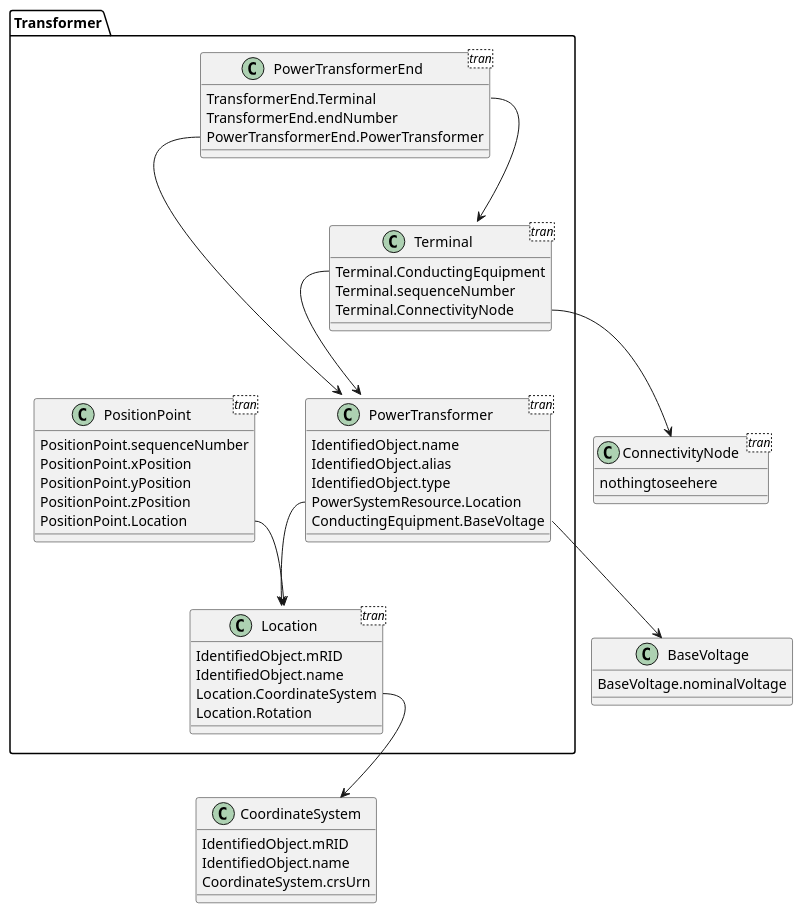
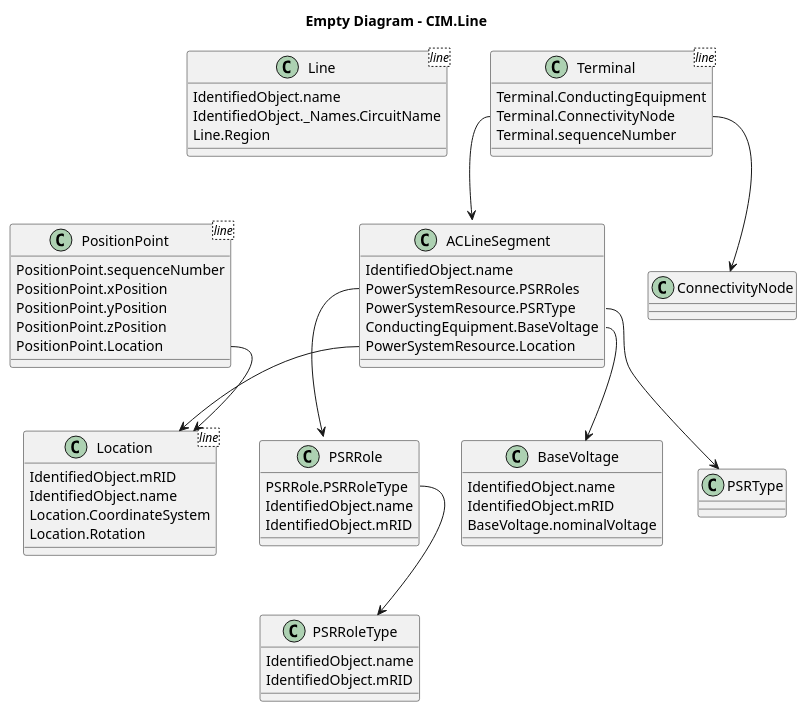
The diagram in cim-aclinesegment.puml (sossie07/cim-uml), drawn with PlantUML before and after one commit.

Commit message:
This commit was initiated from PlantText to edit the file cim-aclinesegment.puml only.

```diff
--- a/cim-aclinesegment.puml
+++ b/cim-aclinesegment.puml
@@ -1,72 +1,72 @@
 @startuml
 
-Package Transformer {
-class PowerTransformer <tran>{
-   IdentifiedObject.name
-   IdentifiedObject.alias
-   IdentifiedObject.type
-   PowerSystemResource.Location
-   ConductingEquipment.BaseVoltage
+title Empty Diagram - CIM.Line
+
+
+Class Line <line>{
+IdentifiedObject.name
+IdentifiedObject._Names.CircuitName
+Line.Region
 }
 
-class Location <tran>{
+Class ACLineSegment{
+IdentifiedObject.name
+PowerSystemResource.PSRRoles
+PowerSystemResource.PSRType
+ConductingEquipment.BaseVoltage
+PowerSystemResource.Location
+}
+
+Class Terminal <line>{
+Terminal.ConductingEquipment
+Terminal.ConnectivityNode
+Terminal.sequenceNumber
+
+}
+Class ConnectivityNode{
+}
+
+Class PSRRole{
+PSRRole.PSRRoleType
+IdentifiedObject.name
+IdentifiedObject.mRID
+}
+
+Class PSRRoleType{
+IdentifiedObject.name
+IdentifiedObject.mRID
+}
+
+Class BaseVoltage{
+IdentifiedObject.name
+IdentifiedObject.mRID
+BaseVoltage.nominalVoltage
+}
+
+Class Location <line>{
   IdentifiedObject.mRID
   IdentifiedObject.name
   Location.CoordinateSystem
   Location.Rotation
  }
 
-Class PositionPoint <tran>{
+Class PositionPoint<line>{
   PositionPoint.sequenceNumber
   PositionPoint.xPosition
   PositionPoint.yPosition
   PositionPoint.zPosition
   PositionPoint.Location
 
 }
 
-Class Terminal <tran>{
-Terminal.ConductingEquipment
-Terminal.sequenceNumber
-Terminal.ConnectivityNode
-}
 
-Class PowerTransformerEnd <tran>{
-TransformerEnd.Terminal
-TransformerEnd.endNumber
-PowerTransformerEnd.PowerTransformer
-}
+ACLineSegment::PowerSystemResource.PSRRoles-->PSRRole
+ACLineSegment::PowerSystemResource.PSRType-->PSRType
+ACLineSegment::ConductingEquipment.BaseVoltage-->BaseVoltage
+ACLineSegment::PowerSystemResource.Location-->Location
+Terminal::Terminal.ConnectivityNode-->ConnectivityNode
+Terminal::Terminal.ConnectivityNode-->ACLineSegment
+PSRRole::PSRRoleType-->PSRRoleType
+PositionPoint::PositionPoint.Location-->Location
 
-
-
-}
-
-Class ConnectivityNode <tran>{
-nothingtoseehere
-}
-
-Class CoordinateSystem{
-  IdentifiedObject.mRID
-  IdentifiedObject.name
-  CoordinateSystem.crsUrn
-}
-
-Class BaseVoltage{
-BaseVoltage.nominalVoltage
-}
-
-
-
-
-
-
-
-PowerTransformer::PowerSystemResource.Location  --> Location
-PositionPoint::Location --> Location
-Location::CoordinateSystem --> CoordinateSystem
-PowerTransformer::ConductingEquipment.BaseVoltage --> BaseVoltage
-Terminal::ConductingEquipment-->PowerTransformer
-PowerTransformerEnd::PowerTransformer-->PowerTransformer
-PowerTransformerEnd::TransformerEnd-->Terminal
-Terminal::ConnectivityNode-->ConnectivityNode
 @enduml
```
